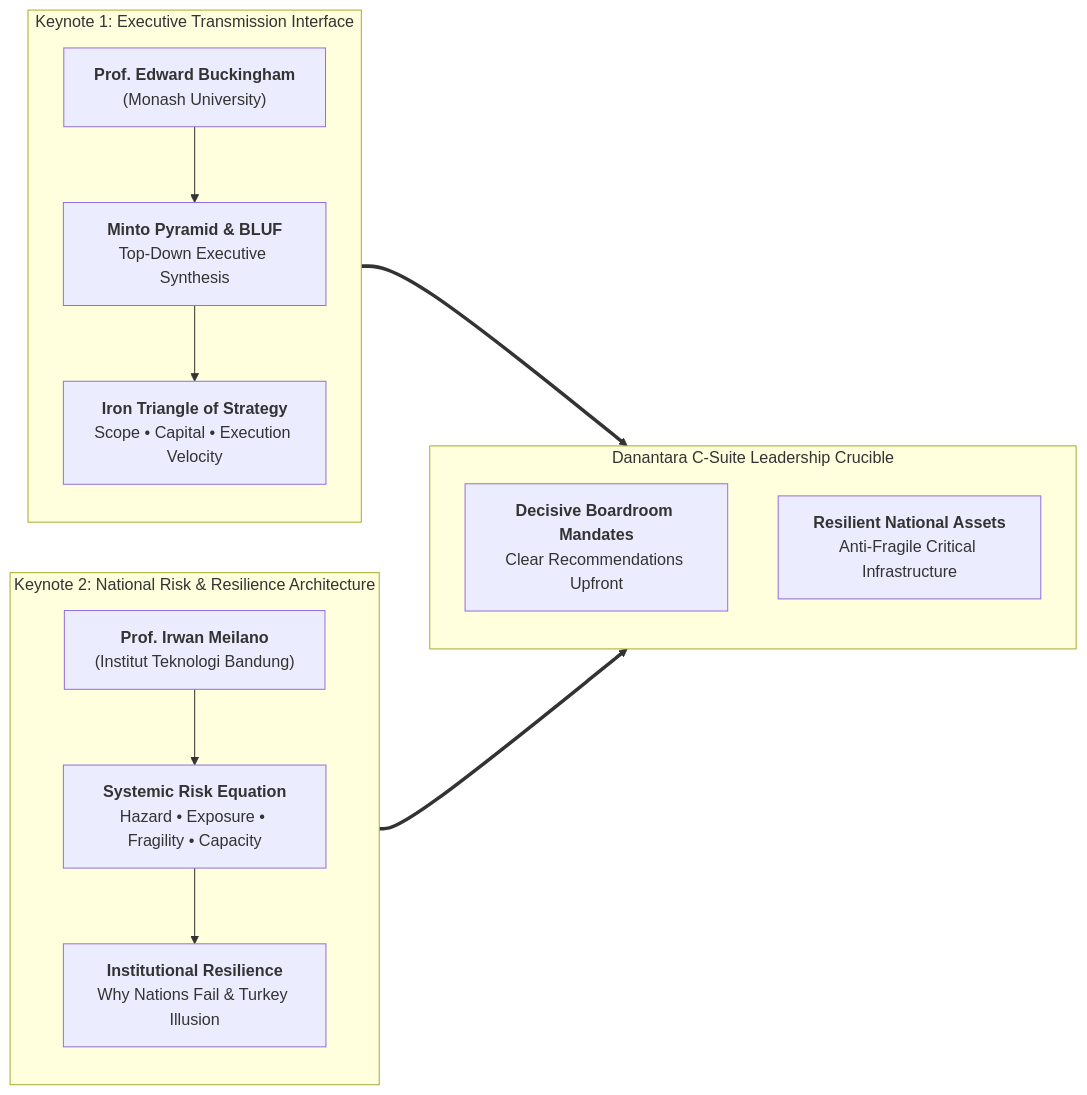
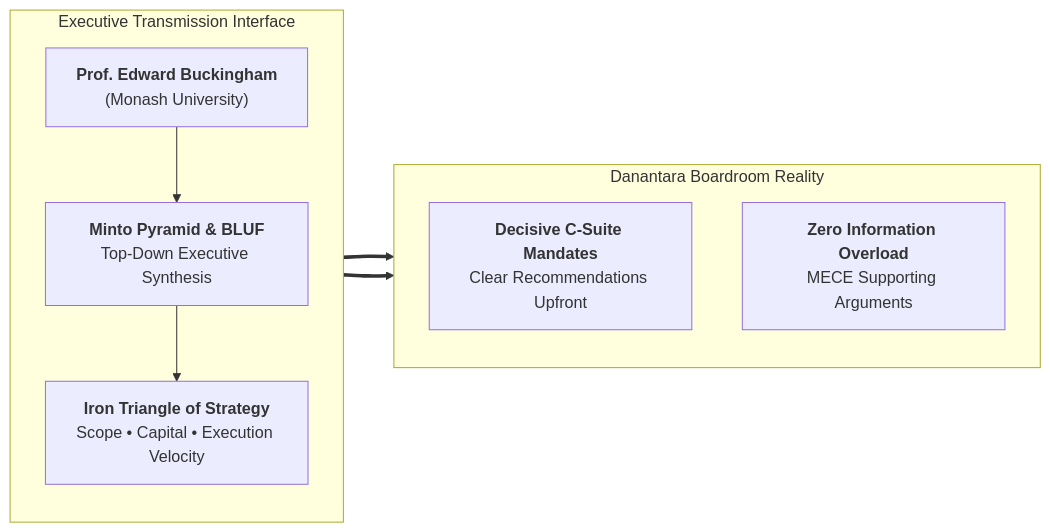
Before and after one commit to egxl/MBA: the first of 4 diagrams in content/rabuan/2026-09-30-buckingham-minto-method.md, drawn with Mermaid. The commit also changed other lines of this file and 89 other files, not shown here.

````diff
--- a/content/rabuan/2026-09-30-buckingham-minto-method.md
+++ b/content/rabuan/2026-09-30-buckingham-minto-method.md
@@ -32,27 +26,19 @@
 ```mermaid
 flowchart LR
-    subgraph BuckinghamPillar ["Keynote 1: Executive Transmission Interface"]
+    subgraph BuckinghamPillar ["Executive Transmission Interface"]
         direction TB
         B1["<b>Prof. Edward Buckingham</b><br/>(Monash University)"]
         B2["<b>Minto Pyramid & BLUF</b><br/>Top-Down Executive Synthesis"]
         B3["<b>Iron Triangle of Strategy</b><br/>Scope • Capital • Execution Velocity"]
         B1 --> B2 --> B3
     end
 
-    subgraph MeilanoPillar ["Keynote 2: National Risk & Resilience Architecture"]
+    subgraph BoardroomCrucible ["Danantara Boardroom Reality"]
         direction TB
-        M1["<b>Prof. Irwan Meilano</b><br/>(Institut Teknologi Bandung)"]
-        M2["<b>Systemic Risk Equation</b><br/>Hazard • Exposure • Fragility • Capacity"]
-        M3["<b>Institutional Resilience</b><br/>Why Nations Fail & Turkey Illusion"]
-        M1 --> M2 --> M3
-    end
-
-    subgraph EnterpriseLeadership ["Danantara C-Suite Leadership Crucible"]
-        direction TB
-        L1["<b>Decisive Boardroom Mandates</b><br/>Clear Recommendations Upfront"]
-        L2["<b>Resilient National Assets</b><br/>Anti-Fragile Critical Infrastructure"]
+        L1["<b>Decisive C-Suite Mandates</b><br/>Clear Recommendations Upfront"]
+        L2["<b>Zero Information Overload</b><br/>MECE Supporting Arguments"]
     end
 
     BuckinghamPillar ==> L1
-    MeilanoPillar ==> L2
+    BuckinghamPillar ==> L2
 ```
````
